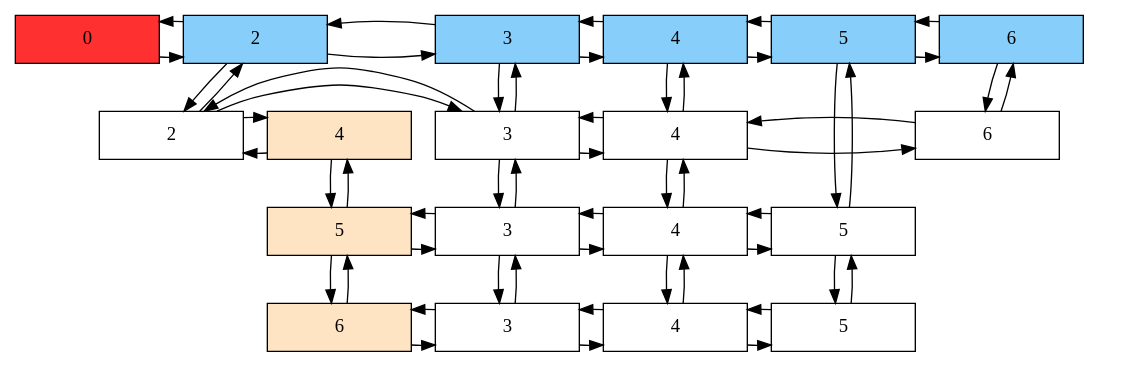
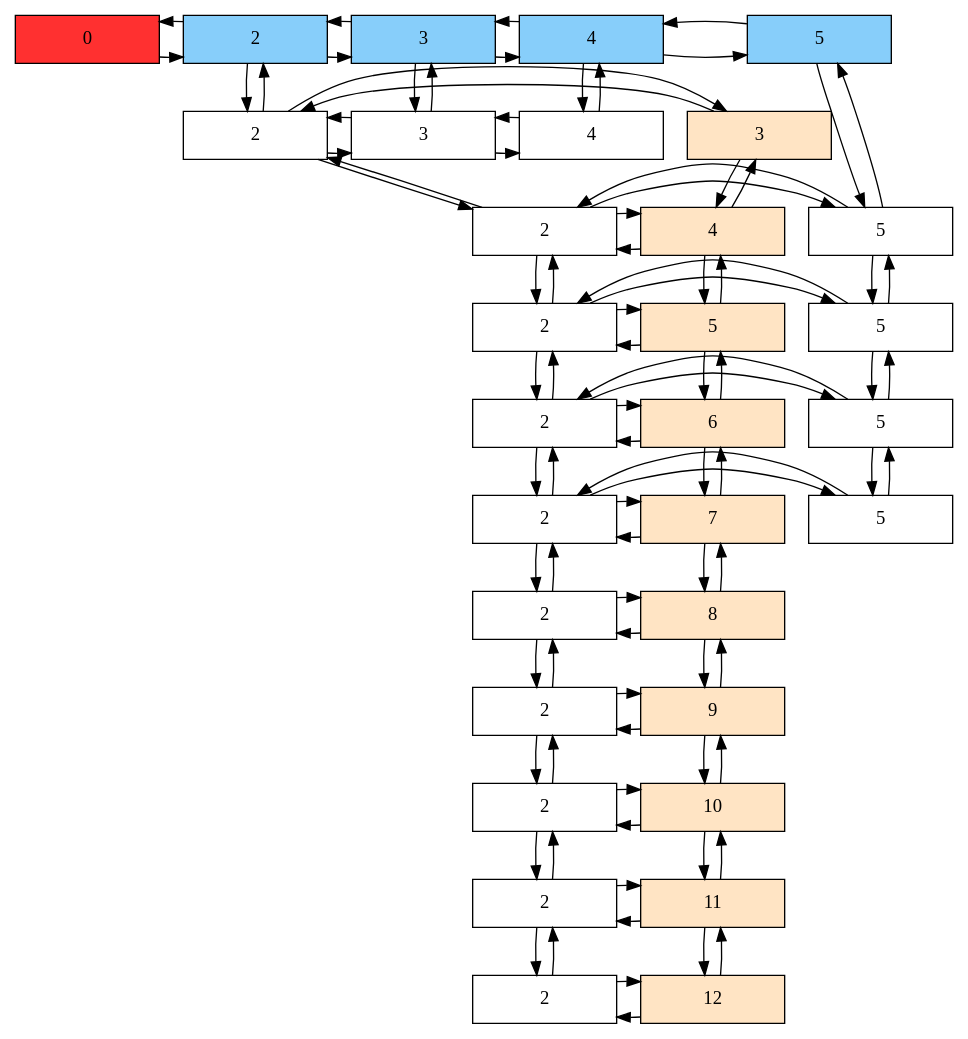
Before and after one commit to EdsonArmando/EDD_2S2019_PY1_201701029: the diagram in cmake-build-debug/matrix.dot, drawn with Graphviz. The commit also changed 54 other files, not shown here.

```diff
--- a/cmake-build-debug/matrix.dot
+++ b/cmake-build-debug/matrix.dot
@@ -1,89 +1,143 @@
 digraph Sparce_Matrix {
  node [shape=box]
   Mt[ label = "0", width = 1.5, style = filled, fillcolor = firebrick1, group = 1 ];
 e0[ shape = point, width = 0 ];
  e1[ shape = point, width = 0 ];
+U3[label = "3" pos = "5.3,3.5!" width = 1.5 style = filled, fillcolor = bisque1, group = 1 ];
+U3 -> N2_L3
+N2_L3 ->U3
+U3 -> U4
+U4 -> U3
+N2_L3 -> N2_L4
+N2_L4 -> N2_L3
+N2_L3[label = "2" width = 1.5, group = 2 ];
+{ rank = same; U3;N2_L3; }
+N2_L3 -> N3_L3
+N3_L3 -> N2_L3
+N3_L3[label = "3" width = 1.5, group = 2 ];
+{ rank = same; U3;N3_L3; }
+N3_L3 -> N4_L3
+N4_L3 -> N3_L3
+N4_L3[label = "4" width = 1.5, group = 2 ];
+{ rank = same; U3;N4_L3; }
 U4[label = "4" pos = "5.3,3.5!" width = 1.5 style = filled, fillcolor = bisque1, group = 1 ];
 U4 -> N2_L4
 N2_L4 ->U4
 U4 -> U5
 U5 -> U4
+N2_L4 -> N2_L5
+N2_L5 -> N2_L4
 N2_L4[label = "2" width = 1.5, group = 2 ];
 { rank = same; U4;N2_L4; }
-N2_L4 -> N3_L4
-N3_L4 -> N2_L4
-N3_L4 -> N3_L5
-N3_L5 -> N3_L4
-N3_L4[label = "3" width = 1.5, group = 2 ];
-{ rank = same; U4;N3_L4; }
-N3_L4 -> N4_L4
-N4_L4 -> N3_L4
-N4_L4 -> N4_L5
-N4_L5 -> N4_L4
-N4_L4[label = "4" width = 1.5, group = 2 ];
-{ rank = same; U4;N4_L4; }
-N4_L4 -> N6_L4
-N6_L4 -> N4_L4
-N6_L4[label = "6" width = 1.5, group = 2 ];
-{ rank = same; U4;N6_L4; }
+N2_L4 -> N5_L4
+N5_L4 -> N2_L4
+N5_L4 -> N5_L5
+N5_L5 -> N5_L4
+N5_L4[label = "5" width = 1.5, group = 2 ];
+{ rank = same; U4;N5_L4; }
 U5[label = "5" pos = "5.3,3.5!" width = 1.5 style = filled, fillcolor = bisque1, group = 1 ];
-U5 -> N3_L5
-N3_L5 ->U5
+U5 -> N2_L5
+N2_L5 ->U5
 U5 -> U6
 U6 -> U5
-N3_L5 -> N3_L6
-N3_L6 -> N3_L5
-N3_L5[label = "3" width = 1.5, group = 2 ];
-{ rank = same; U5;N3_L5; }
-N3_L5 -> N4_L5
-N4_L5 -> N3_L5
-N4_L5 -> N4_L6
-N4_L6 -> N4_L5
-N4_L5[label = "4" width = 1.5, group = 2 ];
-{ rank = same; U5;N4_L5; }
-N4_L5 -> N5_L5
-N5_L5 -> N4_L5
+N2_L5 -> N2_L6
+N2_L6 -> N2_L5
+N2_L5[label = "2" width = 1.5, group = 2 ];
+{ rank = same; U5;N2_L5; }
+N2_L5 -> N5_L5
+N5_L5 -> N2_L5
 N5_L5 -> N5_L6
 N5_L6 -> N5_L5
 N5_L5[label = "5" width = 1.5, group = 2 ];
 { rank = same; U5;N5_L5; }
 U6[label = "6" pos = "5.3,3.5!" width = 1.5 style = filled, fillcolor = bisque1, group = 1 ];
-U6 -> N3_L6
-N3_L6 ->U6
-N3_L6[label = "3" width = 1.5, group = 2 ];
-{ rank = same; U6;N3_L6; }
-N3_L6 -> N4_L6
-N4_L6 -> N3_L6
-N4_L6[label = "4" width = 1.5, group = 2 ];
-{ rank = same; U6;N4_L6; }
-N4_L6 -> N5_L6
-N5_L6 -> N4_L6
+U6 -> N2_L6
+N2_L6 ->U6
+U6 -> U7
+U7 -> U6
+N2_L6 -> N2_L7
+N2_L7 -> N2_L6
+N2_L6[label = "2" width = 1.5, group = 2 ];
+{ rank = same; U6;N2_L6; }
+N2_L6 -> N5_L6
+N5_L6 -> N2_L6
+N5_L6 -> N5_L7
+N5_L7 -> N5_L6
 N5_L6[label = "5" width = 1.5, group = 2 ];
 { rank = same; U6;N5_L6; }
+U7[label = "7" pos = "5.3,3.5!" width = 1.5 style = filled, fillcolor = bisque1, group = 1 ];
+U7 -> N2_L7
+N2_L7 ->U7
+U7 -> U8
+U8 -> U7
+N2_L7 -> N2_L8
+N2_L8 -> N2_L7
+N2_L7[label = "2" width = 1.5, group = 2 ];
+{ rank = same; U7;N2_L7; }
+N2_L7 -> N5_L7
+N5_L7 -> N2_L7
+N5_L7[label = "5" width = 1.5, group = 2 ];
+{ rank = same; U7;N5_L7; }
+U8[label = "8" pos = "5.3,3.5!" width = 1.5 style = filled, fillcolor = bisque1, group = 1 ];
+U8 -> N2_L8
+N2_L8 ->U8
+U8 -> U9
+U9 -> U8
+N2_L8 -> N2_L9
+N2_L9 -> N2_L8
+N2_L8[label = "2" width = 1.5, group = 2 ];
+{ rank = same; U8;N2_L8; }
+U9[label = "9" pos = "5.3,3.5!" width = 1.5 style = filled, fillcolor = bisque1, group = 1 ];
+U9 -> N2_L9
+N2_L9 ->U9
+U9 -> U10
+U10 -> U9
+N2_L9 -> N2_L10
+N2_L10 -> N2_L9
+N2_L9[label = "2" width = 1.5, group = 2 ];
+{ rank = same; U9;N2_L9; }
+U10[label = "10" pos = "5.3,3.5!" width = 1.5 style = filled, fillcolor = bisque1, group = 1 ];
+U10 -> N2_L10
+N2_L10 ->U10
+U10 -> U11
+U11 -> U10
+N2_L10 -> N2_L11
+N2_L11 -> N2_L10
+N2_L10[label = "2" width = 1.5, group = 2 ];
+{ rank = same; U10;N2_L10; }
+U11[label = "11" pos = "5.3,3.5!" width = 1.5 style = filled, fillcolor = bisque1, group = 1 ];
+U11 -> N2_L11
+N2_L11 ->U11
+U11 -> U12
+U12 -> U11
+N2_L11 -> N2_L12
+N2_L12 -> N2_L11
+N2_L11[label = "2" width = 1.5, group = 2 ];
+{ rank = same; U11;N2_L11; }
+U12[label = "12" pos = "5.3,3.5!" width = 1.5 style = filled, fillcolor = bisque1, group = 1 ];
+U12 -> N2_L12
+N2_L12 ->U12
+N2_L12[label = "2" width = 1.5, group = 2 ];
+{ rank = same; U12;N2_L12; }
 Mt->A2
 A2->Mt
 A2[label = "2"   width = 1.5 style = filled, fillcolor = lightskyblue, group = 2 ];
-A2 -> N2_L4
-N2_L4 -> A2
+A2 -> N2_L3
+N2_L3 -> A2
 A2 -> A3
 A3 -> A2
 A3[label = "3"   width = 1.5 style = filled, fillcolor = lightskyblue, group = 2 ];
-A3 -> N3_L4
-N3_L4 -> A3
+A3 -> N3_L3
+N3_L3 -> A3
 A3 -> A4
 A4 -> A3
 A4[label = "4"   width = 1.5 style = filled, fillcolor = lightskyblue, group = 2 ];
-A4 -> N4_L4
-N4_L4 -> A4
+A4 -> N4_L3
+N4_L3 -> A4
 A4 -> A5
 A5 -> A4
 A5[label = "5"   width = 1.5 style = filled, fillcolor = lightskyblue, group = 2 ];
-A5 -> N5_L5
-N5_L5 -> A5
-A5 -> A6
-A6 -> A5
-A6[label = "6"   width = 1.5 style = filled, fillcolor = lightskyblue, group = 2 ];
-A6 -> N6_L4
-N6_L4 -> A6
- { rank = same; Mt;A2;A3;A4;A5;A6;}
+A5 -> N5_L4
+N5_L4 -> A5
+ { rank = same; Mt;A2;A3;A4;A5;}
 }
```
